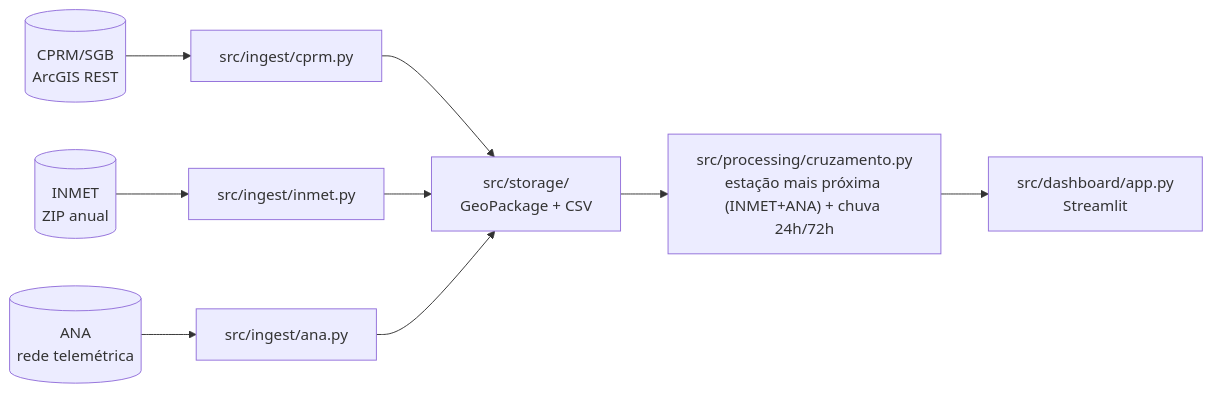
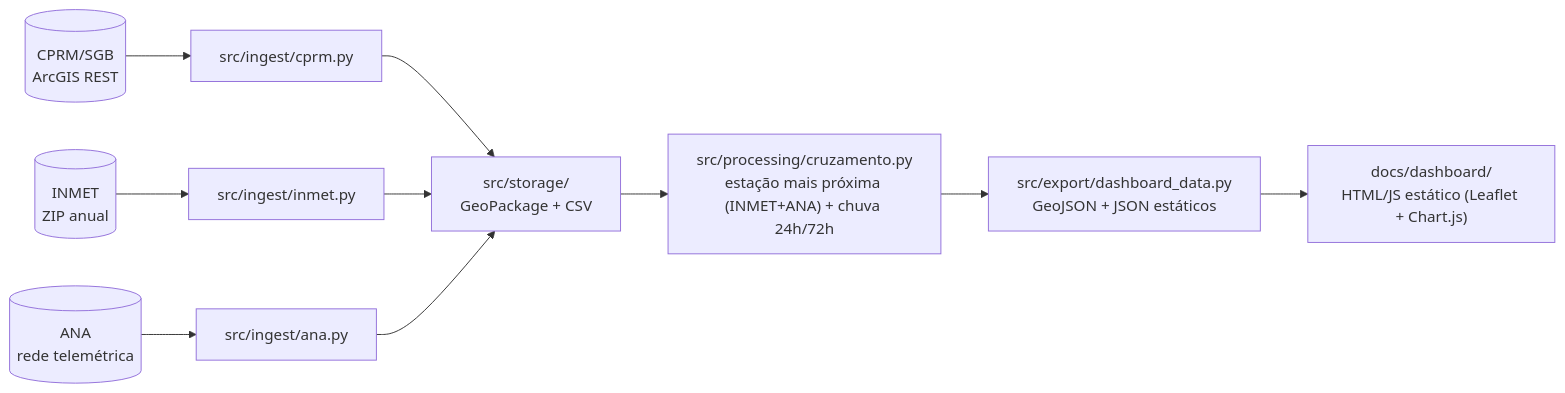
Before and after one commit to hcristosm/ORCA: the diagram in README.md, drawn with Mermaid. The commit also changed other lines of this file and 1 other file, not shown here.

Commit message:
docs: update README and investigacoes.md for static dashboard rewrite

````diff
--- a/README.md
+++ b/README.md
@@ -69,11 +70,12 @@
 ```mermaid
 flowchart LR
     CPRM[("CPRM/SGB<br/>ArcGIS REST")] --> ING1["src/ingest/cprm.py"]
     INMET[("INMET<br/>ZIP anual")] --> ING2["src/ingest/inmet.py"]
     ANA[("ANA<br/>rede telemétrica")] --> ING3["src/ingest/ana.py"]
     ING1 --> STORE["src/storage/<br/>GeoPackage + CSV"]
     ING2 --> STORE
     ING3 --> STORE
     STORE --> PROC["src/processing/cruzamento.py<br/>estação mais próxima (INMET+ANA) + chuva 24h/72h"]
-    PROC --> DASH["src/dashboard/app.py<br/>Streamlit"]
+    PROC --> EXPORT["src/export/dashboard_data.py<br/>GeoJSON + JSON estáticos"]
+    EXPORT --> DASH["docs/dashboard/<br/>HTML/JS estático (Leaflet + Chart.js)"]
 ```
````
